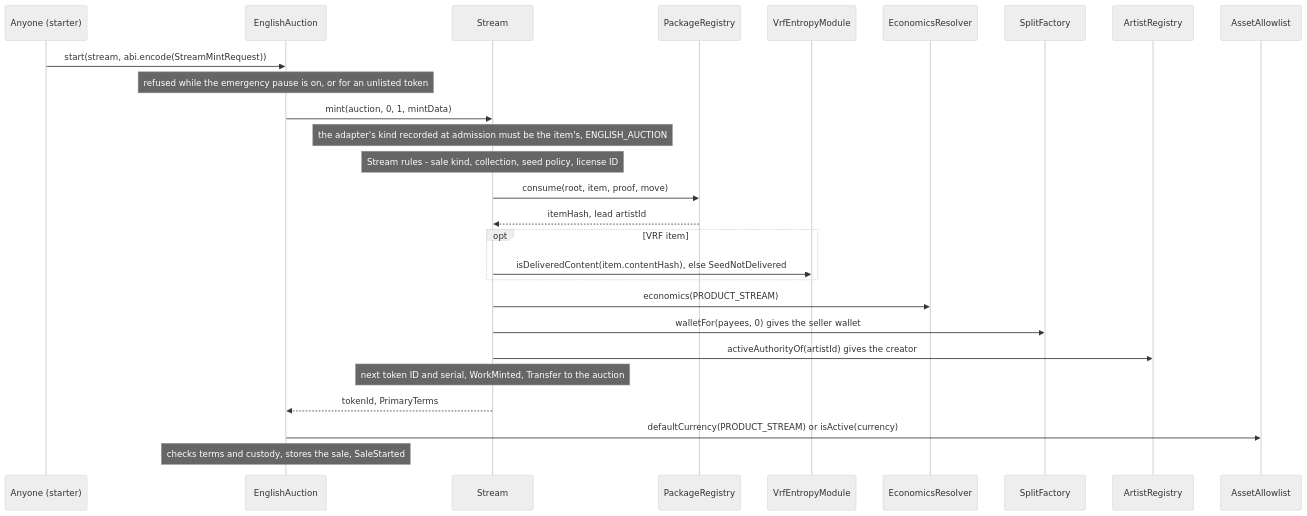
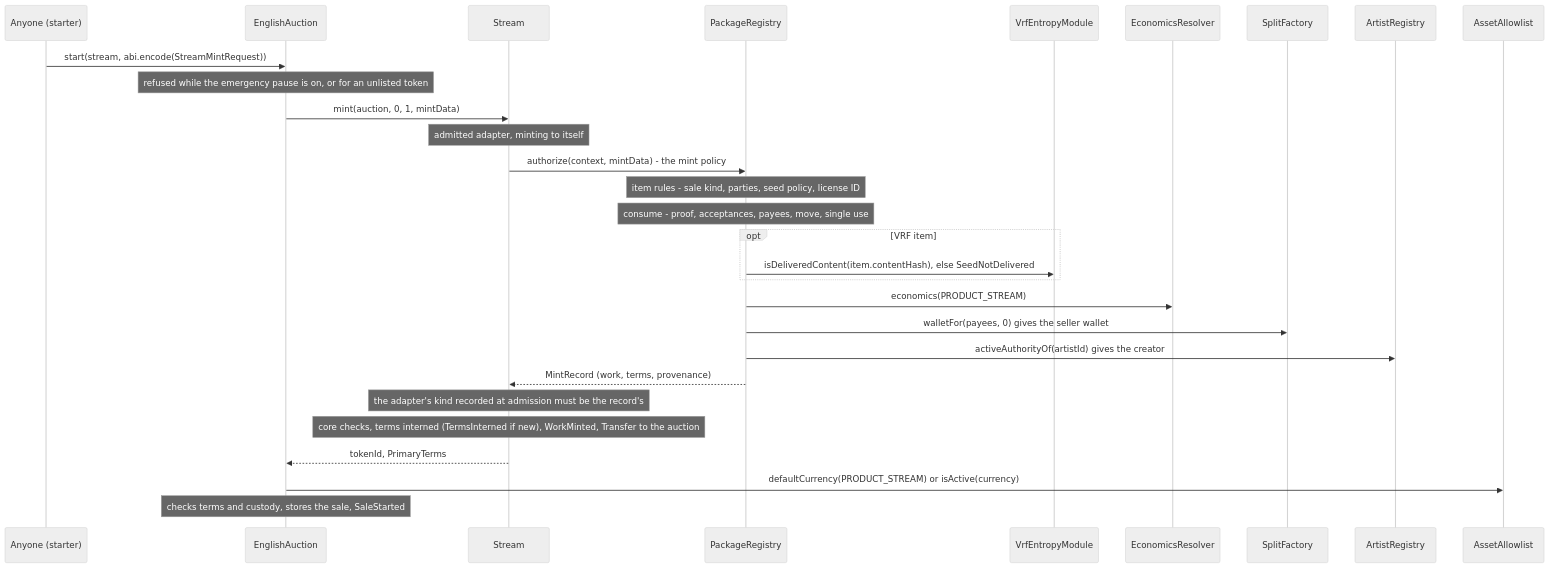
Before and after one commit to 6529-Collections/6529-works: the fourth of 13 diagrams in docs/spec/stream-and-auctions.md, drawn with Mermaid (neutral theme). The commit also changed other lines of this file and 369 other files, not shown here.

````diff
--- a/docs/spec/stream-and-auctions.md
+++ b/docs/spec/stream-and-auctions.md
@@ -315,29 +345,31 @@
 ```mermaid
 sequenceDiagram
     participant Anyone as Anyone (starter)
     participant Auction as EnglishAuction
     participant Stream as Stream
     participant Registry as PackageRegistry
     participant Entropy as VrfEntropyModule
     participant Econ as EconomicsResolver
     participant Factory as SplitFactory
     participant Artists as ArtistRegistry
     participant Allowlist as AssetAllowlist
     Anyone->>Auction: start(stream, abi.encode(StreamMintRequest))
     Note over Auction: refused while the emergency pause is on, or for an unlisted token
     Auction->>Stream: mint(auction, 0, 1, mintData)
-    Note over Stream: the adapter's kind recorded at admission must be the item's, ENGLISH_AUCTION
-    Note over Stream: Stream rules - sale kind, collection, seed policy, license ID
-    Stream->>Registry: consume(root, item, proof, move)
-    Registry-->>Stream: itemHash, lead artistId
+    Note over Stream: admitted adapter, minting to itself
+    Stream->>Registry: authorize(context, mintData) - the mint policy
+    Note over Registry: item rules - sale kind, parties, seed policy, license ID
+    Note over Registry: consume - proof, acceptances, payees, move, single use
     opt VRF item
-        Stream->>Entropy: isDeliveredContent(item.contentHash), else SeedNotDelivered
+        Registry->>Entropy: isDeliveredContent(item.contentHash), else SeedNotDelivered
     end
-    Stream->>Econ: economics(PRODUCT_STREAM)
-    Stream->>Factory: walletFor(payees, 0) gives the seller wallet
-    Stream->>Artists: activeAuthorityOf(artistId) gives the creator
-    Note over Stream: next token ID and serial, WorkMinted, Transfer to the auction
+    Registry->>Econ: economics(PRODUCT_STREAM)
+    Registry->>Factory: walletFor(payees, 0) gives the seller wallet
+    Registry->>Artists: activeAuthorityOf(artistId) gives the creator
+    Registry-->>Stream: MintRecord (work, terms, provenance)
+    Note over Stream: the adapter's kind recorded at admission must be the record's
+    Note over Stream: core checks, terms interned (TermsInterned if new), WorkMinted, Transfer to the auction
     Stream-->>Auction: tokenId, PrimaryTerms
     Auction->>Allowlist: defaultCurrency(PRODUCT_STREAM) or isActive(currency)
     Note over Auction: checks terms and custody, stores the sale, SaleStarted
 ```
````
